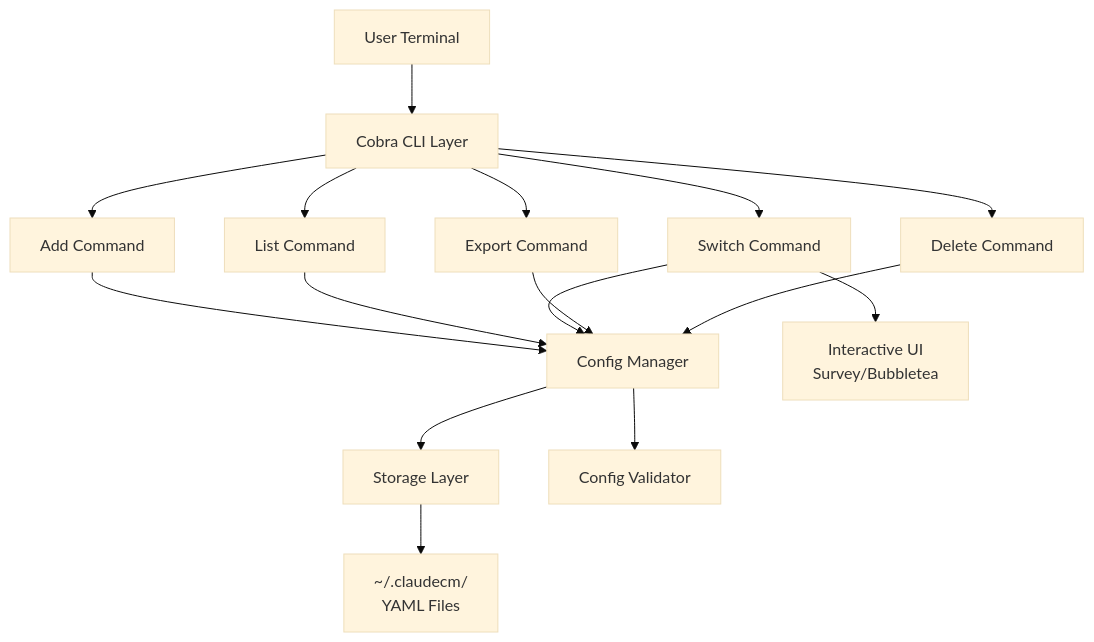
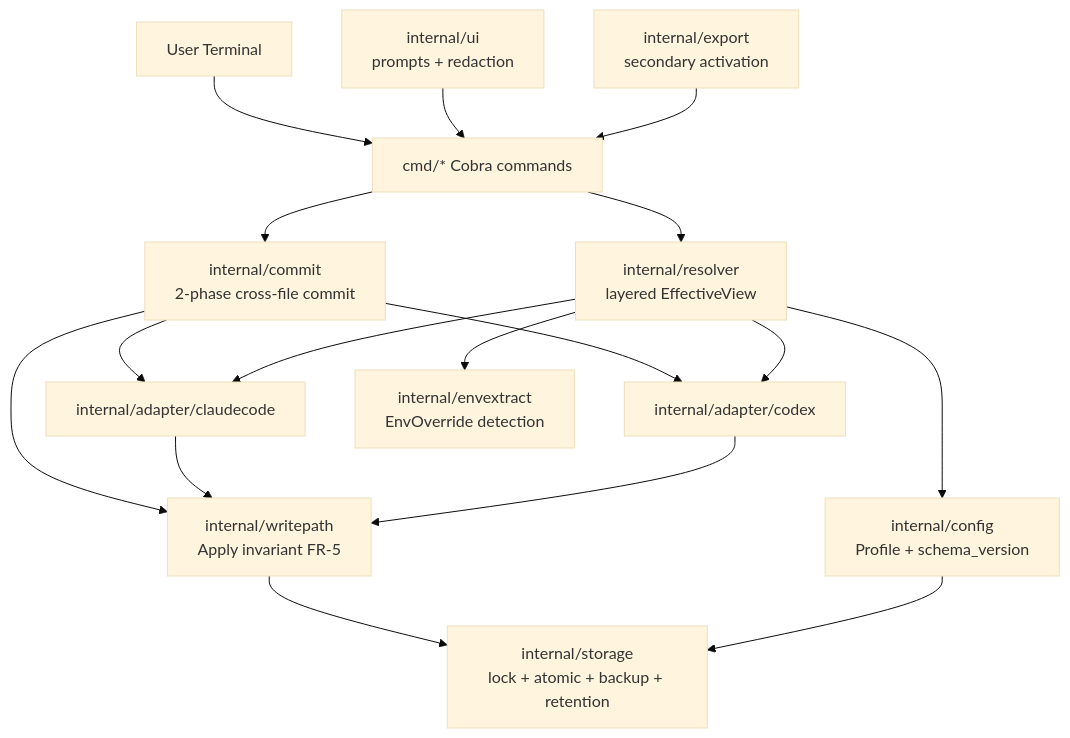
Before and after one commit to a2d2-dev/claudecm: the diagram in docs/architecture.md, drawn with Mermaid (base theme). The commit also changed other lines of this file and 3 other files, not shown here.

First line of the commit message:
arch: rewrite v1 architecture aligned to PRD + ADR-0001 (#5)

````diff
--- a/docs/architecture.md
+++ b/docs/architecture.md
@@ -50,22 +28,19 @@
 ```mermaid
 graph TD
-    User[User Terminal] --> CLI[Cobra CLI Layer]
-    CLI --> Add[Add Command]
-    CLI --> List[List Command]
-    CLI --> Switch[Switch Command]
-    CLI --> Export[Export Command]
-    CLI --> Delete[Delete Command]
-
-    Add --> ConfigMgr[Config Manager]
-    List --> ConfigMgr
-    Switch --> ConfigMgr
-    Export --> ConfigMgr
-    Delete --> ConfigMgr
-
-    ConfigMgr --> Storage[Storage Layer]
-    ConfigMgr --> Validator[Config Validator]
-
-    Storage --> FS[~/.claudecm/<br/>YAML Files]
-
-    Switch --> UI[Interactive UI<br/>Survey/Bubbletea]
+    User[User Terminal] --> CLI[cmd/* Cobra commands]
+    CLI --> Resolver[internal/resolver<br/>layered EffectiveView]
+    CLI --> Commit[internal/commit<br/>2-phase cross-file commit]
+    Commit --> WP[internal/writepath<br/>Apply invariant FR-5]
+    Commit --> A1[internal/adapter/claudecode]
+    Commit --> A2[internal/adapter/codex]
+    A1 --> WP
+    A2 --> WP
+    Resolver --> A1
+    Resolver --> A2
+    Resolver --> EE[internal/envextract<br/>EnvOverride detection]
+    Resolver --> Cfg[internal/config<br/>Profile + schema_version]
+    WP --> Storage[internal/storage<br/>lock + atomic + backup + retention]
+    Cfg --> Storage
+    UI[internal/ui<br/>prompts + redaction] --> CLI
+    Export[internal/export<br/>secondary activation] --> CLI
 ```
````
